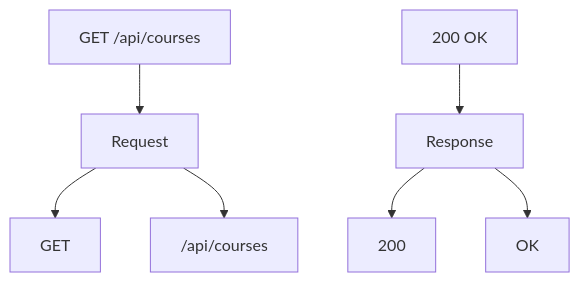
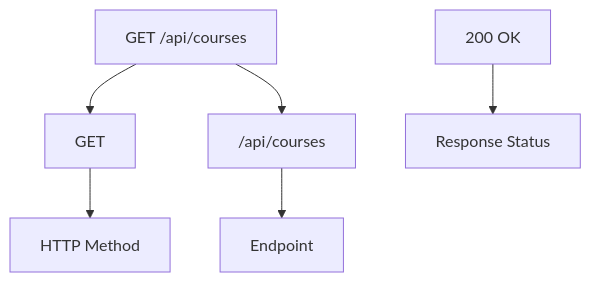
The third of 5 diagrams in module-0-1/README.md (reltronersk/skill-wanderer-progress-documentation), drawn with Mermaid before and after one commit. The commit also changed other lines of this file, not shown here.

````diff
--- a/module-0-1/README.md
+++ b/module-0-1/README.md
@@ -171,10 +99,12 @@
-``` mermaid
+```mermaid
 flowchart TB
-    A["GET /api/courses"] --> B["Request"]
-    B --> C["GET"]
-    B --> D["/api/courses"]
+    A["GET /api/courses"]
+    A --> B["GET"]
+    A --> C["/api/courses"]
 
-    E["200 OK"] --> F["Response"]
-    F --> G["200"]
-    F --> H["OK"]
+    B --> D["HTTP Method"]
+    C --> E["Endpoint"]
+
+    F["200 OK"]
+    F --> G["Response Status"]
 ```
````
